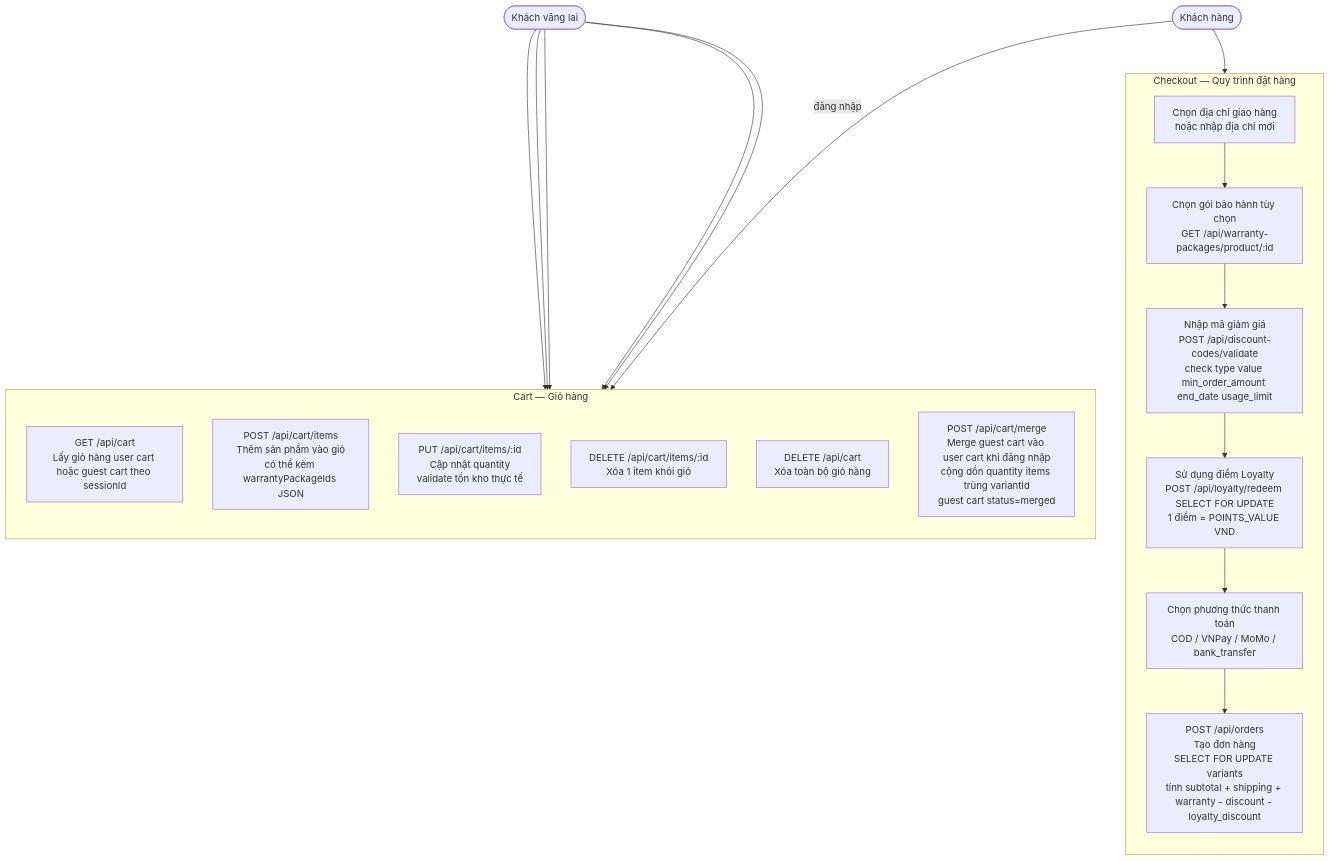
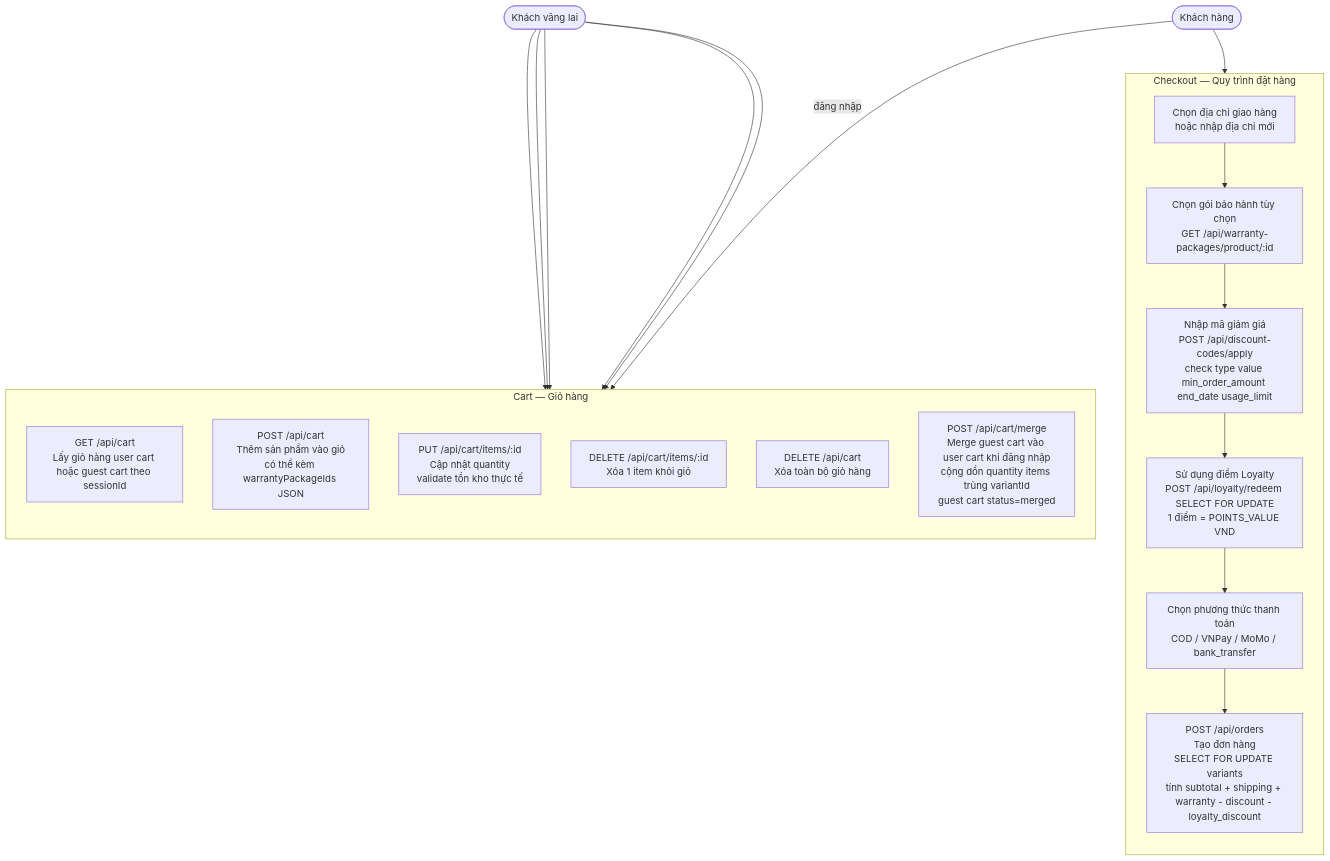
The fourth of 29 diagrams in DIAGRAMS.md (MinhThang1009/E-commerce-website), drawn with Mermaid before and after one commit. The commit also changed other lines of this file, not shown here.

````diff
--- a/DIAGRAMS.md
+++ b/DIAGRAMS.md
@@ -186,38 +186,38 @@
 ```mermaid
 flowchart TB
     Guest(["Khách vãng lai"])
     Customer(["Khách hàng"])
 
     subgraph CART["Cart — Giỏ hàng"]
         direction TB
         C1["GET /api/cart\nLấy giỏ hàng user cart hoặc guest cart theo sessionId"]
-        C2["POST /api/cart/items\nThêm sản phẩm vào giỏ\ncó thể kèm warrantyPackageIds JSON"]
+        C2["POST /api/cart\nThêm sản phẩm vào giỏ\ncó thể kèm warrantyPackageIds JSON"]
         C3["PUT /api/cart/items/:id\nCập nhật quantity\nvalidate tồn kho thực tế"]
         C4["DELETE /api/cart/items/:id\nXóa 1 item khỏi giỏ"]
         C5["DELETE /api/cart\nXóa toàn bộ giỏ hàng"]
         C6["POST /api/cart/merge\nMerge guest cart vào user cart khi đăng nhập\ncộng dồn quantity items trùng variantId\nguest cart status=merged"]
     end
 
     subgraph CHECKOUT["Checkout — Quy trình đặt hàng"]
         direction TB
         D1["Chọn địa chỉ giao hàng\nhoặc nhập địa chỉ mới"]
         D2["Chọn gói bảo hành tùy chọn\nGET /api/warranty-packages/product/:id"]
-        D3["Nhập mã giảm giá\nPOST /api/discount-codes/validate\ncheck type value min_order_amount end_date usage_limit"]
+        D3["Nhập mã giảm giá\nPOST /api/discount-codes/apply\ncheck type value min_order_amount end_date usage_limit"]
         D4["Sử dụng điểm Loyalty\nPOST /api/loyalty/redeem SELECT FOR UPDATE\n1 điểm = POINTS_VALUE VND"]
         D5["Chọn phương thức thanh toán\nCOD / VNPay / MoMo / bank_transfer"]
         D6["POST /api/orders\nTạo đơn hàng\nSELECT FOR UPDATE variants\ntính subtotal + shipping + warranty - discount - loyalty_discount"]
         D1 --> D2
         D2 --> D3
         D3 --> D4
         D4 --> D5
         D5 --> D6
     end
 
     Guest --> C1
     Guest --> C2
     Guest --> C3
     Guest --> C4
     Guest --> C5
     Customer -->|đăng nhập| C6
     Customer --> CHECKOUT
 ```
````
